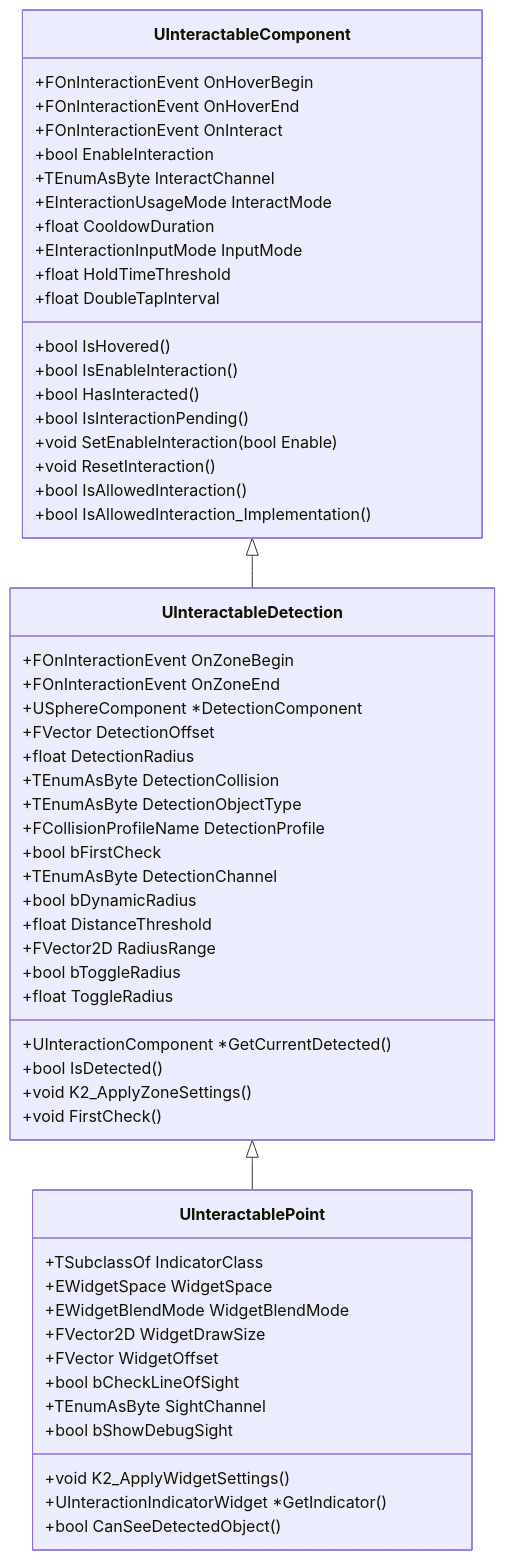
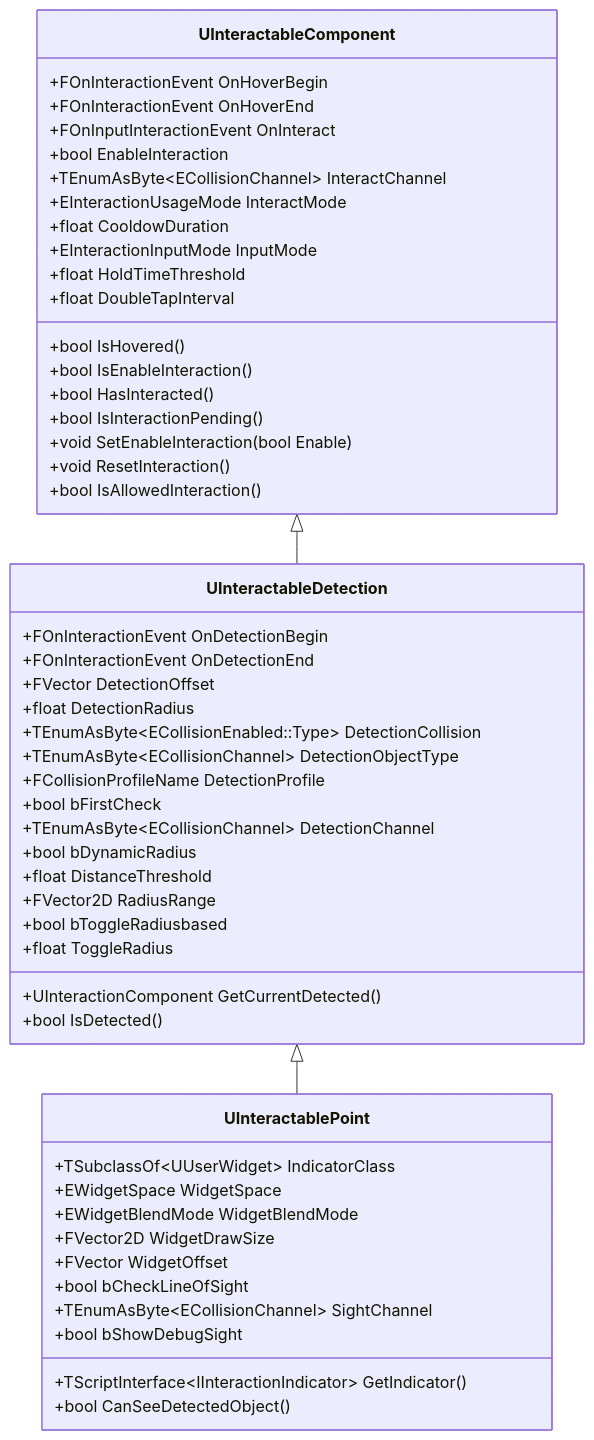
One commit to AliJimpa/InteractCore changed the second of 2 diagrams in README.md. Above: the diagram before and after it, drawn with Mermaid. The commit also changed other lines of this file, not shown here.

````diff
--- a/README.md
+++ b/README.md
@@ -81,59 +94,54 @@
 ```mermaid
 classDiagram
     UInteractableComponent <|-- UInteractableDetection
     UInteractableDetection <|-- UInteractablePoint
     class UInteractableComponent{
         +FOnInteractionEvent OnHoverBegin
         +FOnInteractionEvent OnHoverEnd
-        +FOnInteractionEvent OnInteract
+        +FOnInputInteractionEvent OnInteract
         +bool EnableInteraction
-        +TEnumAsByte<ECollisionChannel> InteractChannel
+        +TEnumAsByte~ECollisionChannel~ InteractChannel
         +EInteractionUsageMode InteractMode
         +float CooldowDuration
         +EInteractionInputMode InputMode
         +float HoldTimeThreshold
         +float DoubleTapInterval
         +bool IsHovered()
         +bool IsEnableInteraction()
         +bool HasInteracted()
         +bool IsInteractionPending()
         +void SetEnableInteraction(bool Enable)
         +void ResetInteraction()
         +bool IsAllowedInteraction()
-        +bool IsAllowedInteraction_Implementation()
     }
     class UInteractableDetection{
-        +FOnInteractionEvent OnZoneBegin
-        +FOnInteractionEvent OnZoneEnd
-        +USphereComponent *DetectionComponent
+        +FOnInteractionEvent OnDetectionBegin
+        +FOnInteractionEvent OnDetectionEnd
         +FVector DetectionOffset
         +float DetectionRadius
-        +TEnumAsByte<ECollisionEnabled::Type> DetectionCollision
-        +TEnumAsByte<ECollisionChannel> DetectionObjectType
+        +TEnumAsByte~ECollisionEnabled::Type~ DetectionCollision
+        +TEnumAsByte~ECollisionChannel~ DetectionObjectType
         +FCollisionProfileName DetectionProfile
         +bool bFirstCheck
-        +TEnumAsByte<ECollisionChannel> DetectionChannel
+        +TEnumAsByte~ECollisionChannel~ DetectionChannel
         +bool bDynamicRadius
         +float DistanceThreshold
         +FVector2D RadiusRange
-        +bool bToggleRadius
+        +bool bToggleRadiusbased
         +float ToggleRadius
-        +UInteractionComponent *GetCurrentDetected()
+        +UInteractionComponent GetCurrentDetected()
         +bool IsDetected()
-        +void K2_ApplyZoneSettings()
-        +void FirstCheck()
-     }
+    }
     class UInteractablePoint{
-        +TSubclassOf<UInteractionIndicatorWidget> IndicatorClass
+        +TSubclassOf~UUserWidget~ IndicatorClass
         +EWidgetSpace WidgetSpace
         +EWidgetBlendMode WidgetBlendMode
         +FVector2D WidgetDrawSize
         +FVector WidgetOffset
         +bool bCheckLineOfSight
-        +TEnumAsByte<ECollisionChannel> SightChannel
+        +TEnumAsByte~ECollisionChannel~ SightChannel
         +bool bShowDebugSight
-        +void K2_ApplyWidgetSettings()
-        +UInteractionIndicatorWidget *GetIndicator()
-        +bool CanSeeDetectedObject() 
+        +TScriptInterface~IInteractionIndicator~ GetIndicator()
+        +bool CanSeeDetectedObject()
     }
 ```
````
